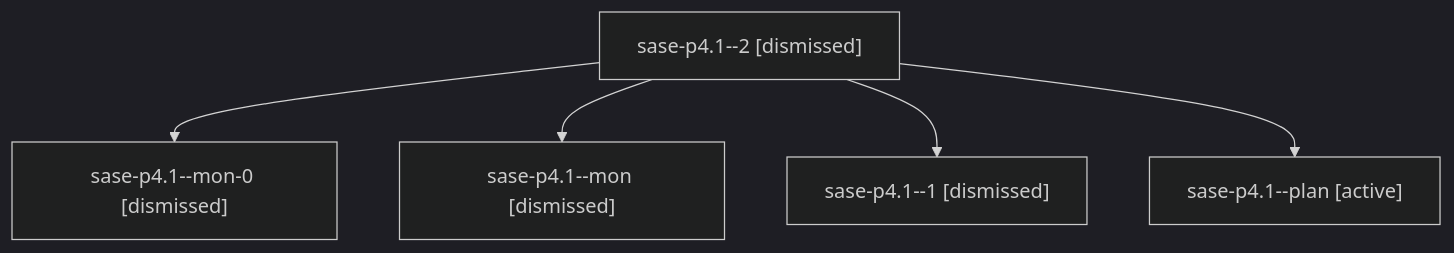
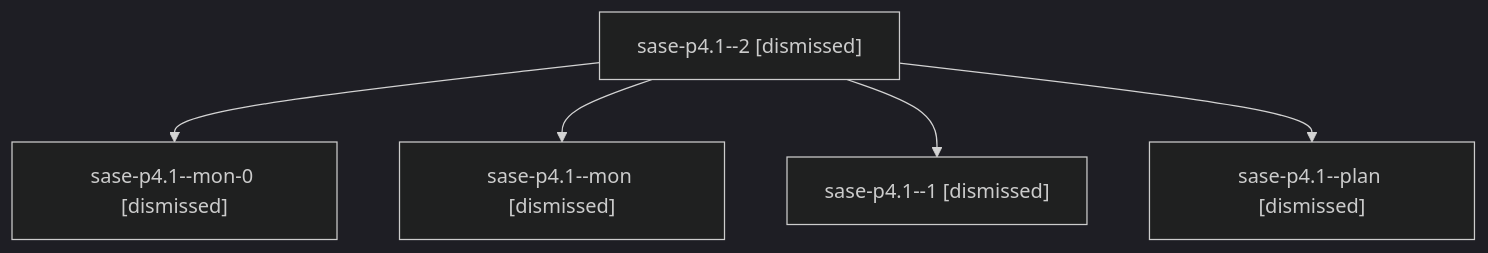
The diagram in sessions/bbugyi200.athena.sase-p4.1.md (sase-org/sase--agents), drawn with Mermaid (dark theme) before and after one commit. The commit also changed other lines of this file and 104 other files, not shown here.

````diff
--- a/sessions/bbugyi200.athena.sase-p4.1.md
+++ b/sessions/bbugyi200.athena.sase-p4.1.md
@@ -9,12 +9,12 @@
 ```mermaid
 flowchart TD
   n0["sase-p4.1--2 [dismissed]"]
   n1["sase-p4.1--mon-0 [dismissed]"]
   n0 --> n1
   n2["sase-p4.1--mon [dismissed]"]
   n0 --> n2
   n3["sase-p4.1--1 [dismissed]"]
   n0 --> n3
-  n4["sase-p4.1--plan [active]"]
+  n4["sase-p4.1--plan [dismissed]"]
   n0 --> n4
 ```
````
